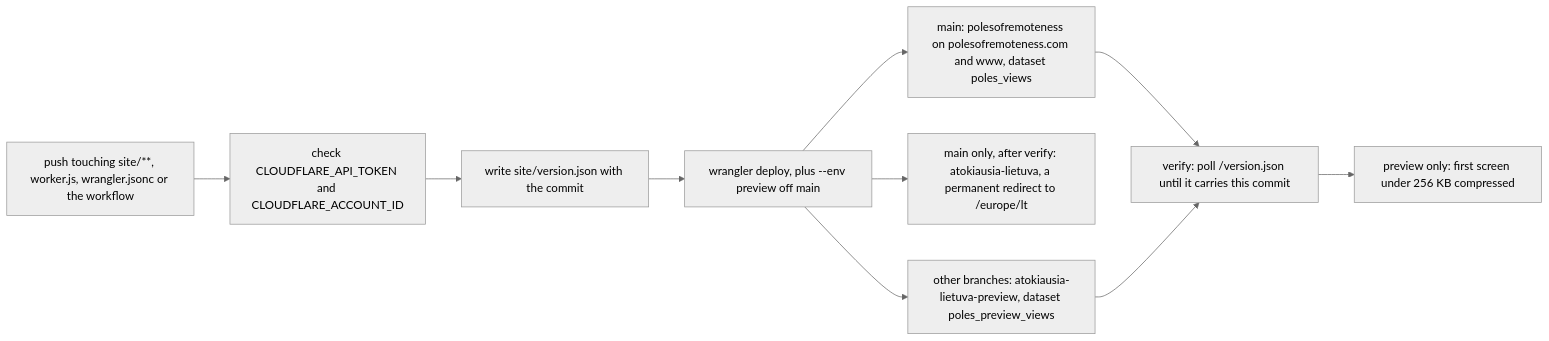
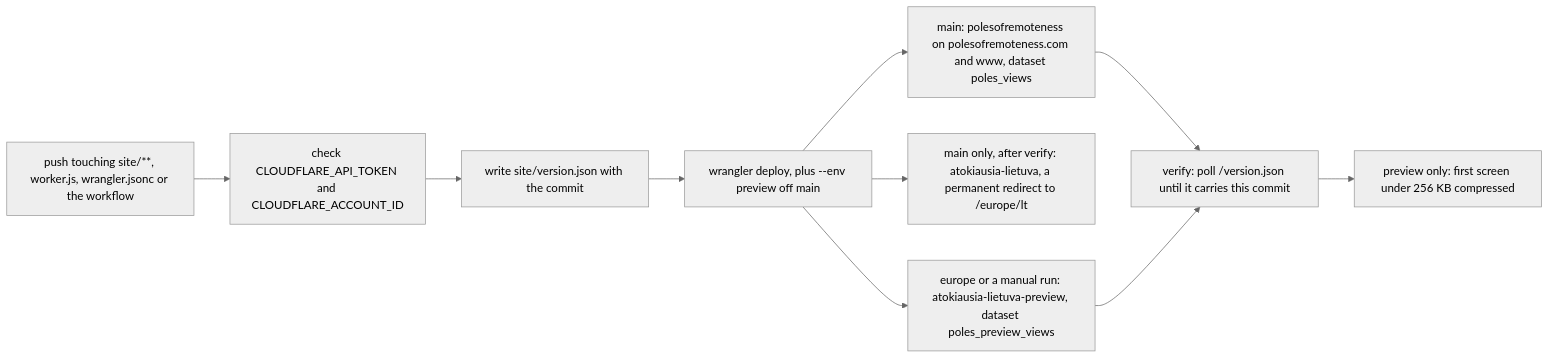
One commit to donataskasp/poles-of-remoteness changed the second of 4 diagrams in docs/diagrams/03-deploy.md. Above: the diagram before and after it, drawn with Mermaid (neutral theme). The commit also changed other lines of this file and 3 other files, not shown here.

First line of the commit message:
docs: prompt-audit fixes in CLAUDE.md and the diagrams (owner-approved 2026-10-26)

````diff
--- a/docs/diagrams/03-deploy.md
+++ b/docs/diagrams/03-deploy.md
@@ -21,12 +21,12 @@
 ```mermaid
 flowchart LR
     push["push touching site/**, worker.js, wrangler.jsonc or the workflow"] --> creds["check CLOUDFLARE_API_TOKEN and CLOUDFLARE_ACCOUNT_ID"]
     creds --> stamp["write site/version.json with the commit"]
     stamp --> deploy["wrangler deploy, plus --env preview off main"]
     deploy --> prod["main: polesofremoteness on polesofremoteness.com and www, dataset poles_views"]
     deploy --> redir["main only, after verify: atokiausia-lietuva, a permanent redirect to /europe/lt"]
-    deploy --> prev["other branches: atokiausia-lietuva-preview, dataset poles_preview_views"]
+    deploy --> prev["europe or a manual run: atokiausia-lietuva-preview, dataset poles_preview_views"]
     prod --> ver["verify: poll /version.json until it carries this commit"]
     prev --> ver
     ver --> budget["preview only: first screen under 256 KB compressed"]
 ```
````
